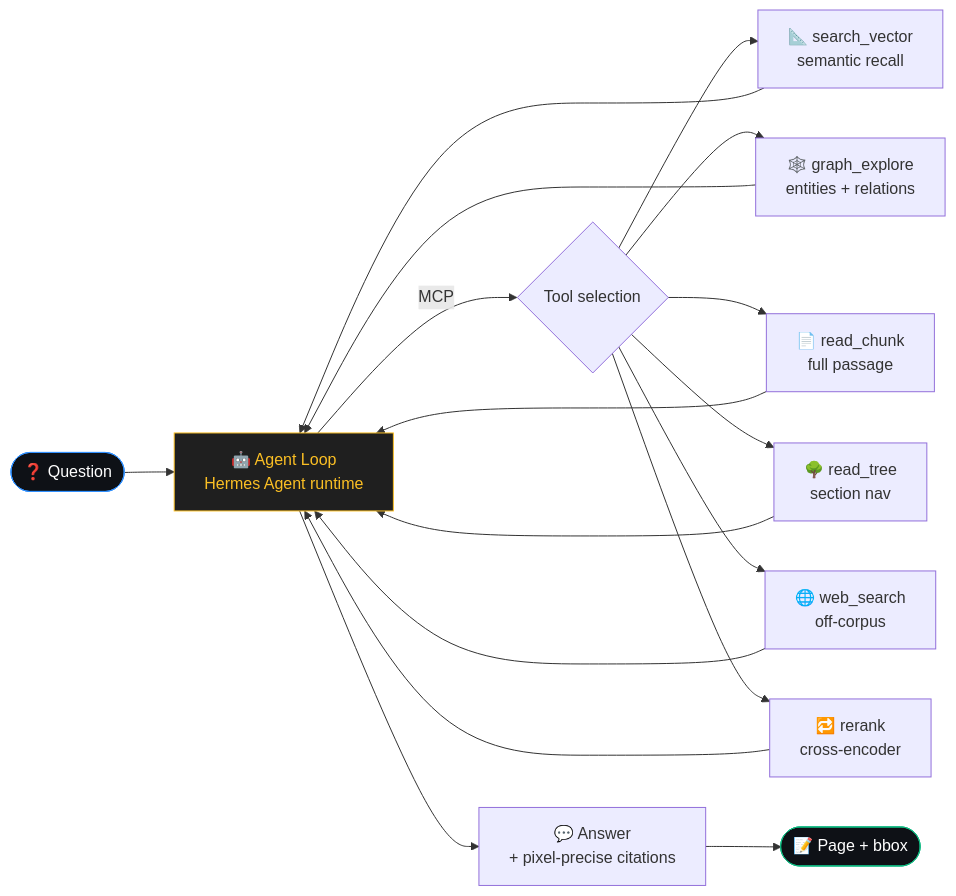
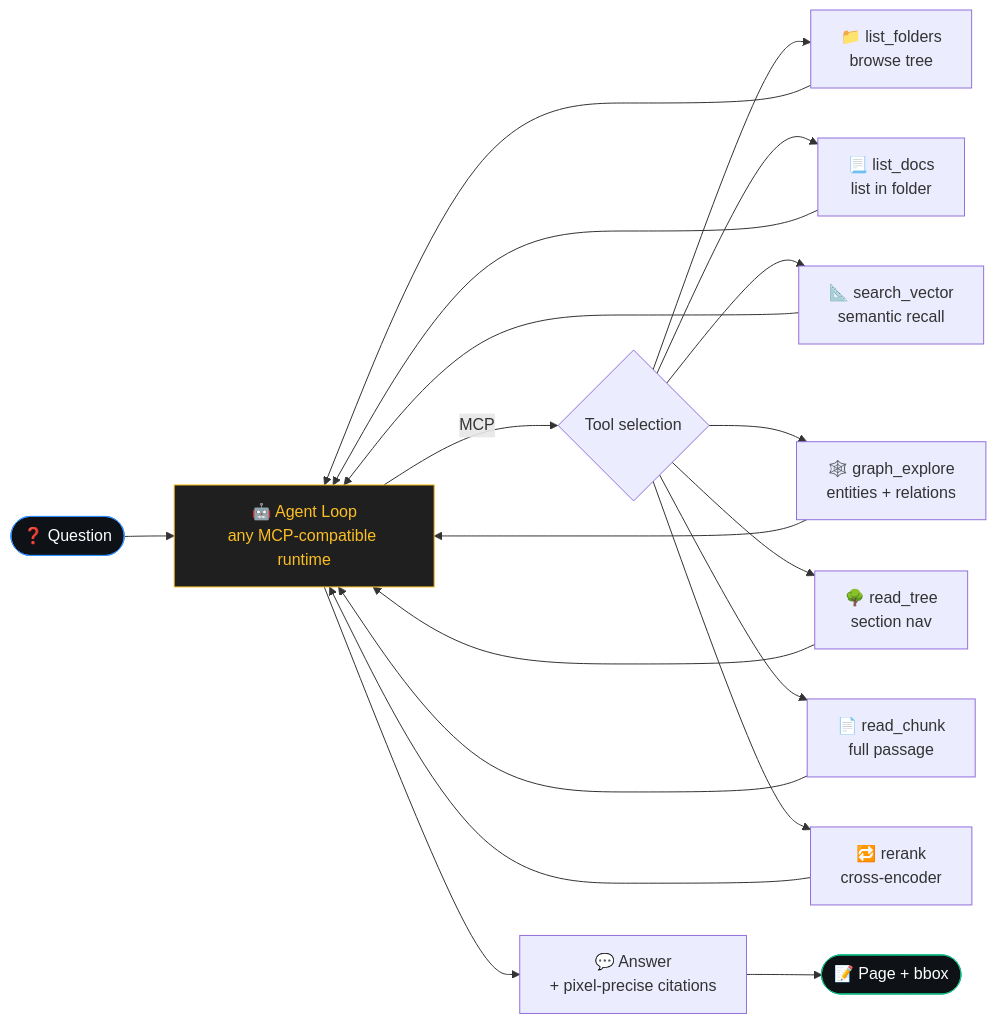
The first of 2 diagrams in README.md (deeplethe/ForgeRAG), drawn with Mermaid before and after one commit. The commit also changed other lines of this file and 6 other files, not shown here.

````diff
--- a/README.md
+++ b/README.md
@@ -90,23 +90,25 @@
 ```mermaid
 flowchart LR
-    Q([❓ Question]) --> AGENT[🤖 Agent Loop<br/>Hermes Agent runtime]
+    Q([❓ Question]) --> AGENT[🤖 Agent Loop<br/>any MCP-compatible runtime]
     AGENT -->|MCP| TOOLS{Tool selection}
+    TOOLS --> LF[📁 list_folders<br/>browse tree]
+    TOOLS --> LD[📃 list_docs<br/>list in folder]
     TOOLS --> VEC[📐 search_vector<br/>semantic recall]
     TOOLS --> KG[🕸️ graph_explore<br/>entities + relations]
+    TOOLS --> TREE[🌳 read_tree<br/>section nav]
     TOOLS --> CHUNK[📄 read_chunk<br/>full passage]
-    TOOLS --> TREE[🌳 read_tree<br/>section nav]
-    TOOLS --> WEB[🌐 web_search<br/>off-corpus]
     TOOLS --> RR[🔁 rerank<br/>cross-encoder]
+    LF --> AGENT
+    LD --> AGENT
     VEC --> AGENT
     KG --> AGENT
+    TREE --> AGENT
     CHUNK --> AGENT
-    TREE --> AGENT
-    WEB --> AGENT
     RR --> AGENT
     AGENT --> ANS[💬 Answer<br/>+ pixel-precise citations]
     ANS --> A([📝 Page + bbox])
 
     style Q fill:#0e1116,stroke:#3291ff,color:#fff
     style A fill:#0e1116,stroke:#10b981,color:#fff
     style AGENT fill:#1f1f1f,stroke:#fbbf24,color:#fbbf24
 ```
````
